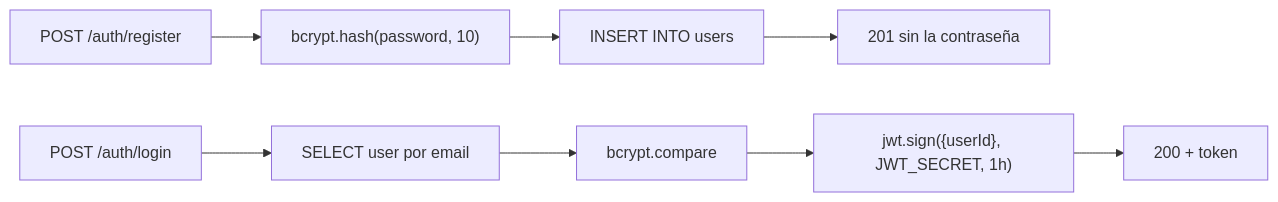
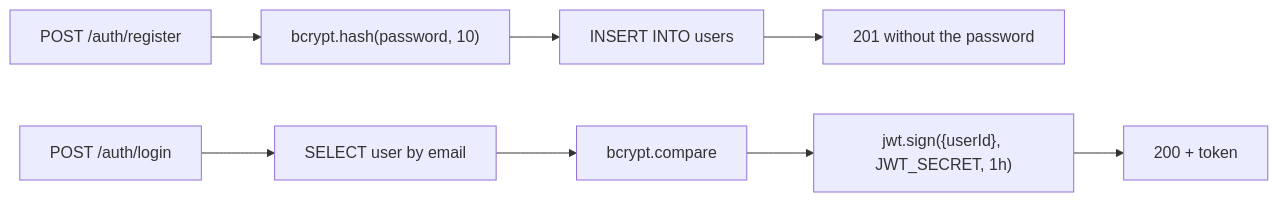
The third of 3 diagrams in docs/arquitectura.md (arturooreaf/clinica-api), drawn with Mermaid before and after one commit. The commit also changed other lines of this file and 4 other files, not shown here.

First line of the commit message:
docs: write the architecture and reference guides in English

````diff
--- a/docs/arquitectura.md
+++ b/docs/arquitectura.md
@@ -237,11 +239,11 @@
 ```mermaid
 graph LR
     A["POST /auth/register"] --> B["bcrypt.hash(password, 10)"]
     B --> C["INSERT INTO users"]
-    C --> D["201 sin la contraseña"]
+    C --> D["201 without the password"]
 
-    E["POST /auth/login"] --> F["SELECT user por email"]
+    E["POST /auth/login"] --> F["SELECT user by email"]
     F --> G["bcrypt.compare"]
     G --> H["jwt.sign({userId}, JWT_SECRET, 1h)"]
     H --> I["200 + token"]
 ```
````
